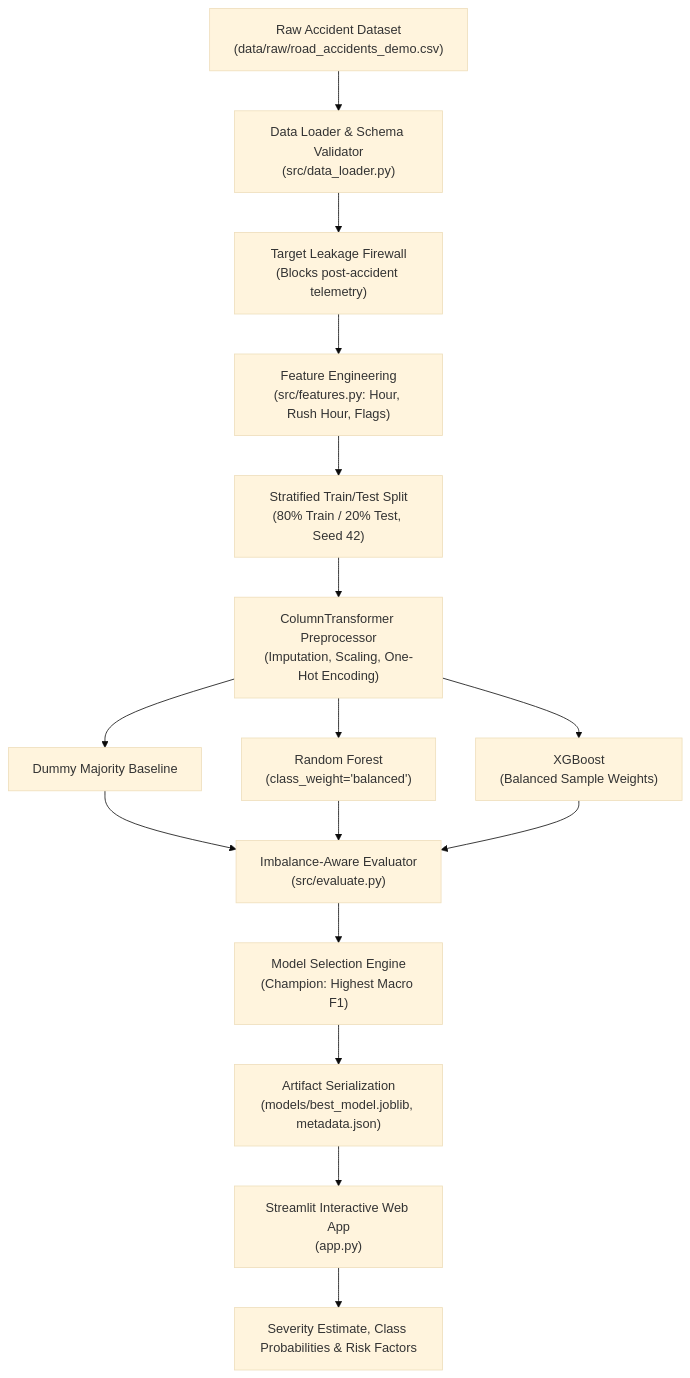
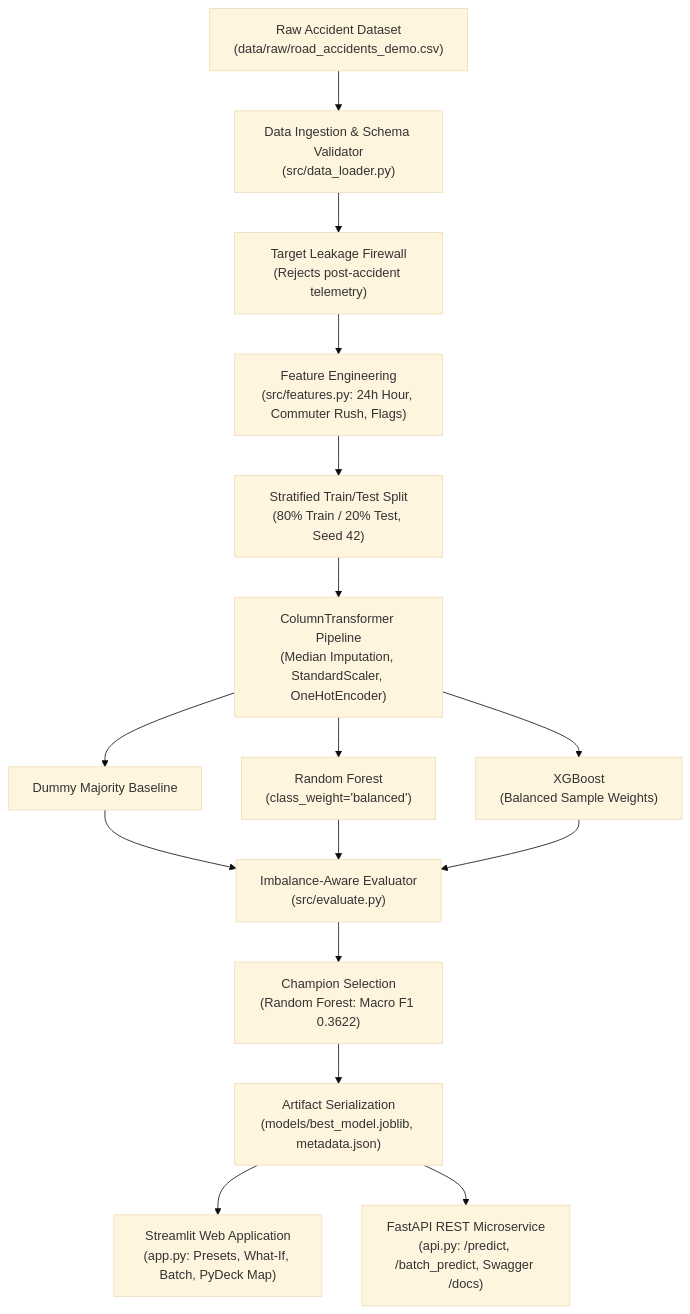
The diagram in README.md (lokeshpadarthi07-collab/Road-Accident-Severity-Predictor), drawn with Mermaid (base theme) before and after one commit. The commit also changed other lines of this file and 28 other files, not shown here.

Commit message:
feat: add What-If policy simulator, batch scoring, PyDeck 3D map, FastAPI microservice, Docker, and CI/CD workflow

````diff
--- a/README.md
+++ b/README.md
@@ -70,22 +80,22 @@
 ```mermaid
 flowchart TD
-    A["Raw Accident Dataset<br/>(data/raw/road_accidents_demo.csv)"] --> B["Data Loader & Schema Validator<br/>(src/data_loader.py)"]
-    B --> C["Target Leakage Firewall<br/>(Blocks post-accident telemetry)"]
-    C --> D["Feature Engineering<br/>(src/features.py: Hour, Rush Hour, Flags)"]
+    A["Raw Accident Dataset<br/>(data/raw/road_accidents_demo.csv)"] --> B["Data Ingestion & Schema Validator<br/>(src/data_loader.py)"]
+    B --> C["Target Leakage Firewall<br/>(Rejects post-accident telemetry)"]
+    C --> D["Feature Engineering<br/>(src/features.py: 24h Hour, Commuter Rush, Flags)"]
     D --> E["Stratified Train/Test Split<br/>(80% Train / 20% Test, Seed 42)"]
-    E --> F["ColumnTransformer Preprocessor<br/>(Imputation, Scaling, One-Hot Encoding)"]
+    E --> F["ColumnTransformer Pipeline<br/>(Median Imputation, StandardScaler, OneHotEncoder)"]
     
     F --> G1["Dummy Majority Baseline"]
     F --> G2["Random Forest<br/>(class_weight='balanced')"]
     F --> G3["XGBoost<br/>(Balanced Sample Weights)"]
     
     G1 --> H["Imbalance-Aware Evaluator<br/>(src/evaluate.py)"]
     G2 --> H
     G3 --> H
     
-    H --> I["Model Selection Engine<br/>(Champion: Highest Macro F1)"]
+    H --> I["Champion Selection<br/>(Random Forest: Macro F1 0.3622)"]
     I --> J["Artifact Serialization<br/>(models/best_model.joblib, metadata.json)"]
     
-    J --> K["Streamlit Interactive Web App<br/>(app.py)"]
-    K --> L["Severity Estimate, Class Probabilities & Risk Factors"]
+    J --> K["Streamlit Web Application<br/>(app.py: Presets, What-If, Batch, PyDeck Map)"]
+    J --> L["FastAPI REST Microservice<br/>(api.py: /predict, /batch_predict, Swagger /docs)"]
 ```
````
